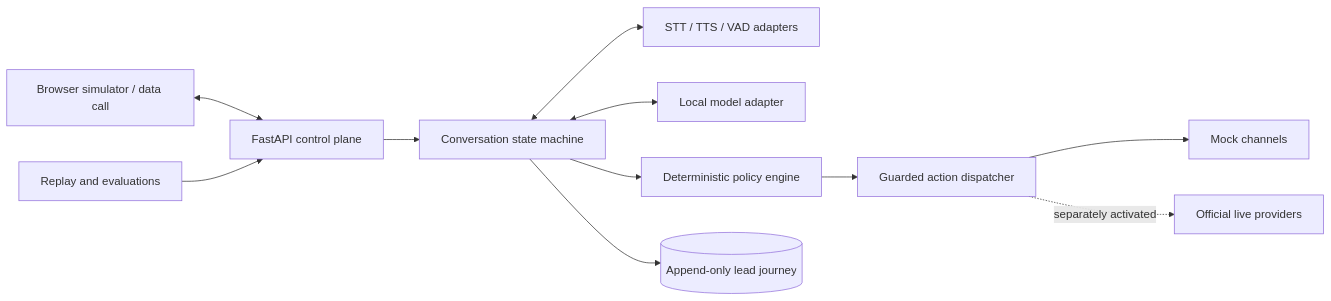
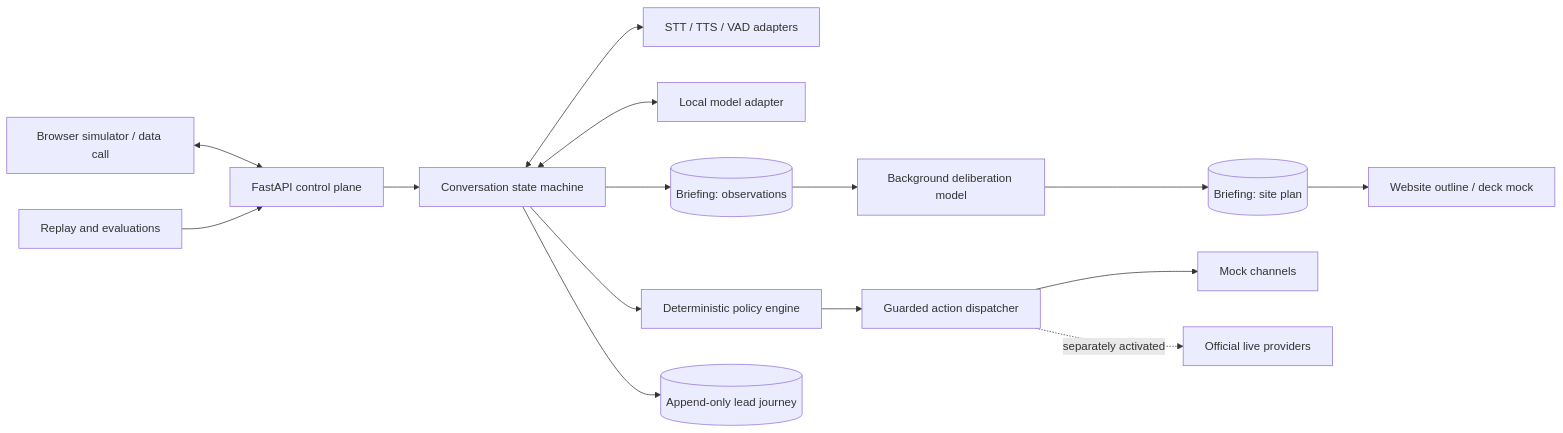
The diagram in README.md (ishu-dvd/pitchBot), drawn with Mermaid before and after one commit. The commit also changed other lines of this file and 20 other files, not shown here.

````diff
--- a/README.md
+++ b/README.md
@@ -78,13 +78,17 @@
 ```mermaid
 flowchart LR
     UI[Browser simulator / data call] <--> API[FastAPI control plane]
     API --> Conversation[Conversation state machine]
     Conversation <--> Speech[STT / TTS / VAD adapters]
     Conversation <--> Model[Local model adapter]
+    Conversation --> Briefing[(Briefing: observations)]
+    Briefing --> Slow[Background deliberation model]
+    Slow --> Briefing2[(Briefing: site plan)]
+    Briefing2 --> Artifacts[Website outline / deck mock]
     Conversation --> Policy[Deterministic policy engine]
     Conversation --> Store[(Append-only lead journey)]
     Policy --> Actions[Guarded action dispatcher]
     Actions --> Mock[Mock channels]
     Actions -. separately activated .-> Official[Official live providers]
     Evals[Replay and evaluations] --> API
 ```
````
